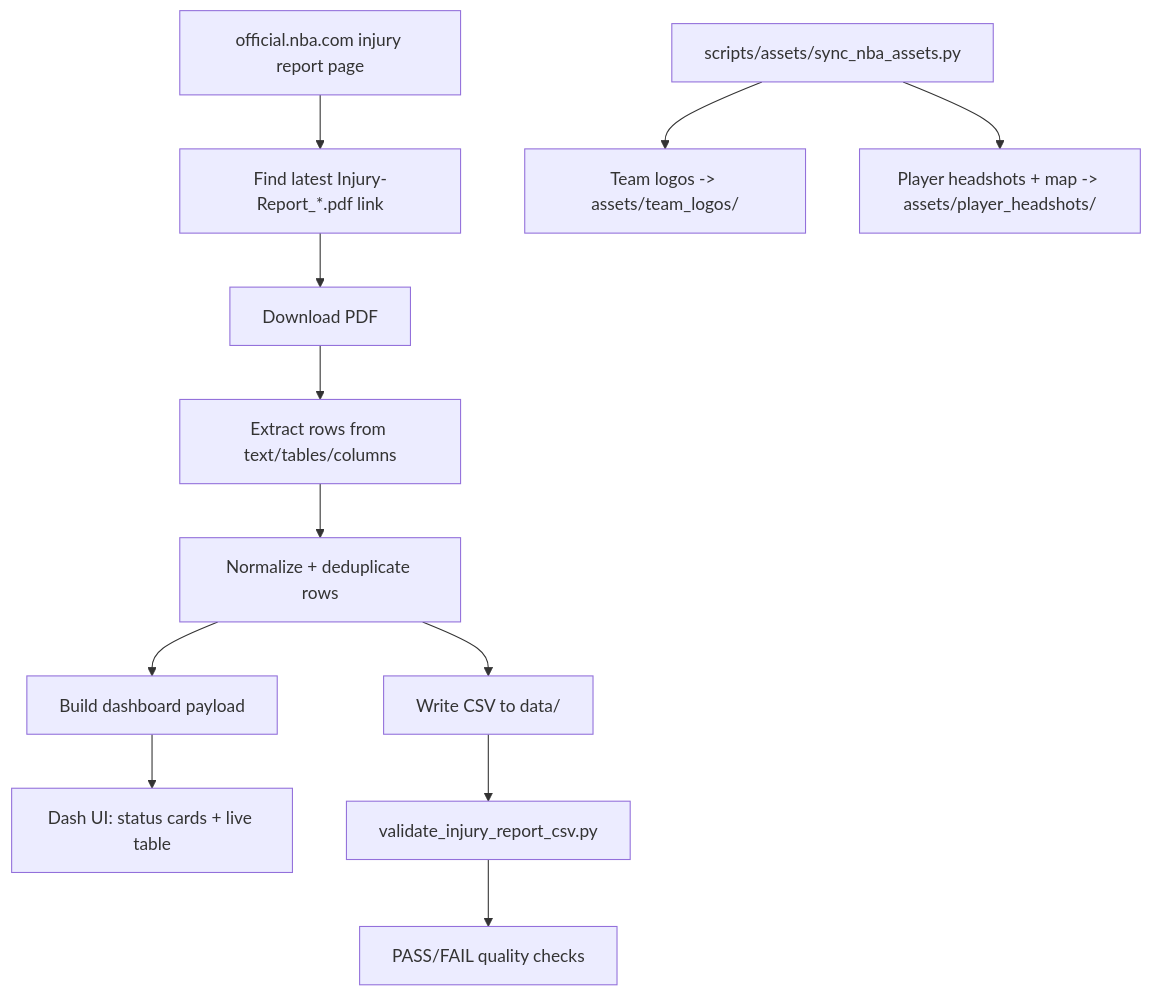
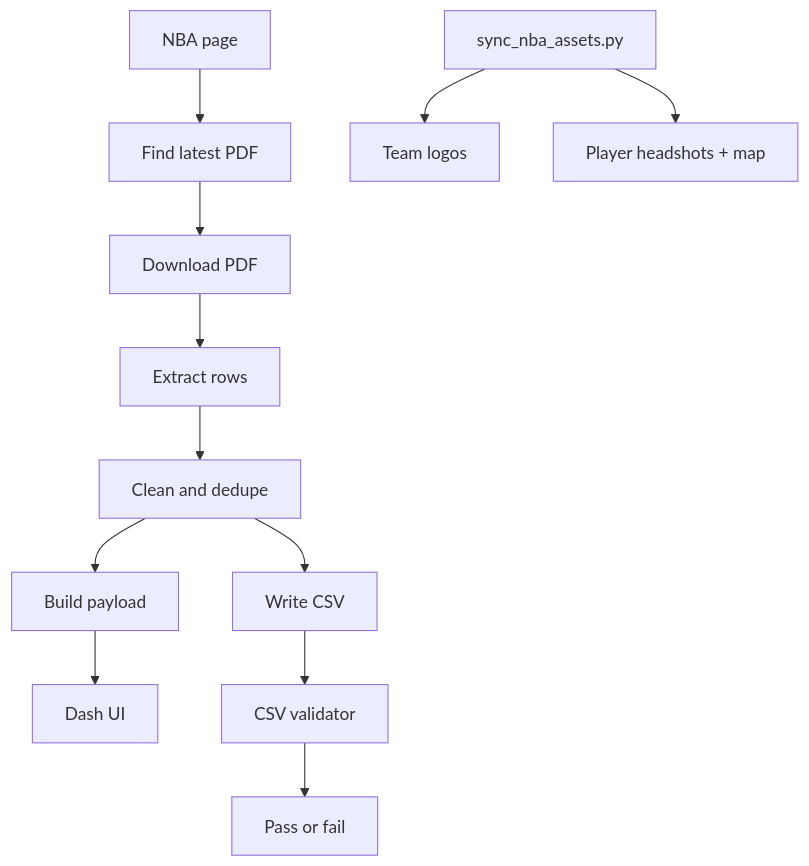
One commit to LucasB19/NBA-Injury-Report changed the diagram in README.md. Above: the diagram before and after it, drawn with Mermaid.

Commit message:
Simplify README mermaid diagram labels

````diff
--- a/README.md
+++ b/README.md
@@ -20,16 +20,16 @@
 ```mermaid
 flowchart TD
-  A[official.nba.com injury report page] --> B[Find latest Injury-Report_*.pdf link]
+  A[NBA page] --> B[Find latest PDF]
   B --> C[Download PDF]
-  C --> D[Extract rows from text/tables/columns]
-  D --> E[Normalize + deduplicate rows]
-  E --> F[Write CSV to data/]
-  E --> G[Build dashboard payload]
-  G --> H[Dash UI: status cards + live table]
+  C --> D[Extract rows]
+  D --> E[Clean and dedupe]
+  E --> F[Write CSV]
+  E --> G[Build payload]
+  G --> H[Dash UI]
 
-  I[scripts/assets/sync_nba_assets.py] --> J[Team logos -> assets/team_logos/]
-  I --> K[Player headshots + map -> assets/player_headshots/]
+  I[sync_nba_assets.py] --> J[Team logos]
+  I --> K[Player headshots + map]
 
-  F --> L[validate_injury_report_csv.py]
-  L --> M[PASS/FAIL quality checks]
+  F --> L[CSV validator]
+  L --> M[Pass or fail]
 ```
````
